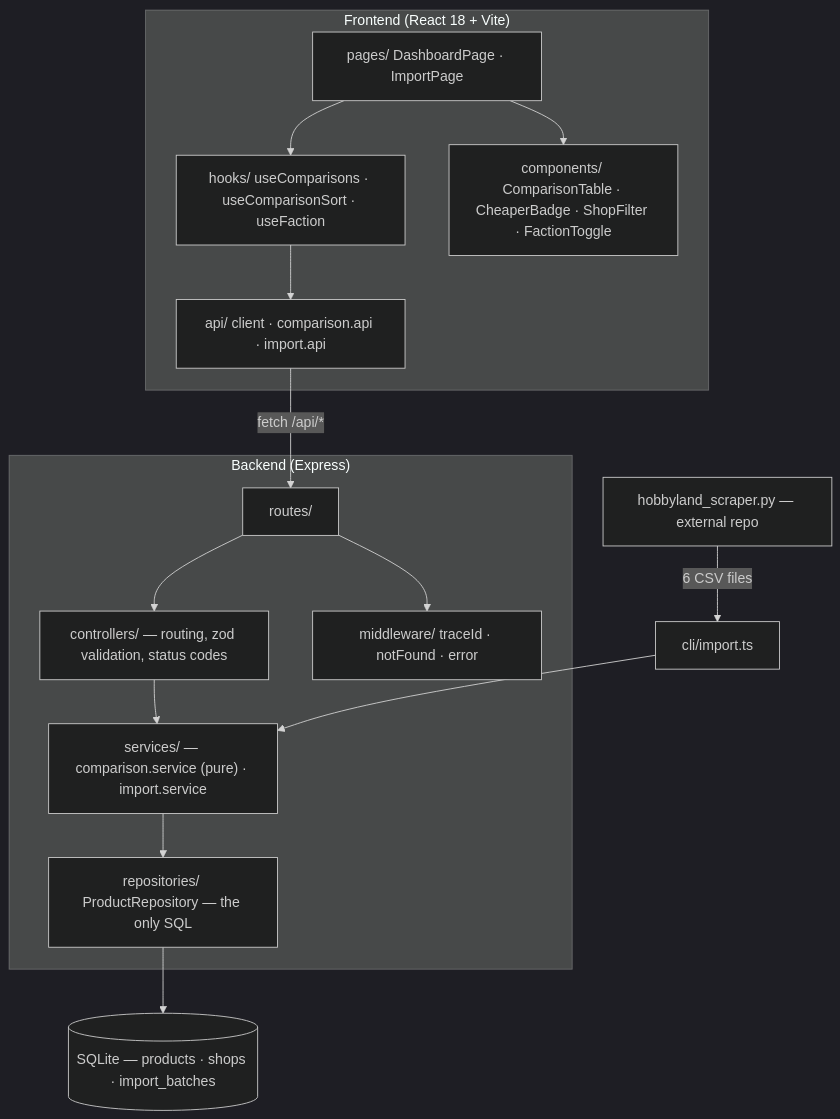
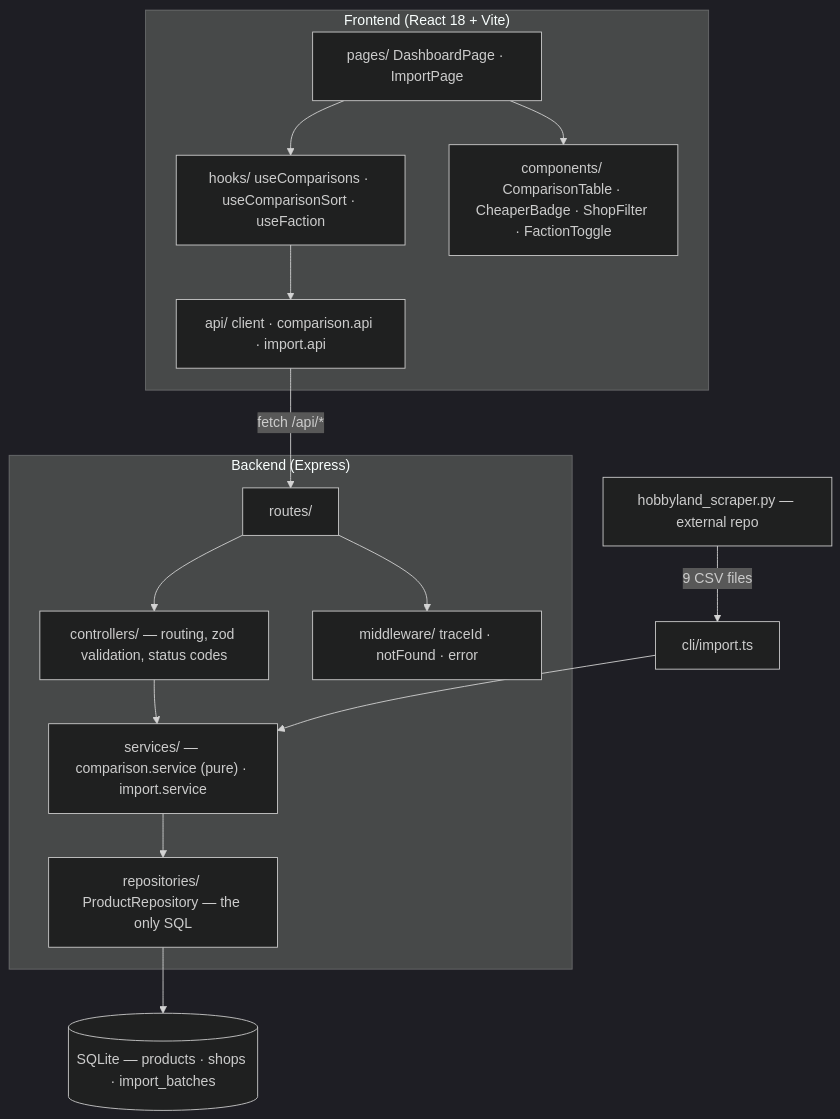
Before and after one commit to jakwong1981/hobbyland: the first of 3 diagrams in README.md, drawn with Mermaid (dark theme). The commit also changed other lines of this file and 13 other files, not shown here.

````diff
--- a/README.md
+++ b/README.md
@@ -100,30 +106,30 @@
 ```mermaid
 flowchart TD
     subgraph FE["Frontend (React 18 + Vite)"]
         P["pages/ DashboardPage · ImportPage"]
         H["hooks/ useComparisons · useComparisonSort · useFaction"]
         C["components/ ComparisonTable · CheaperBadge · ShopFilter · FactionToggle"]
         A["api/ client · comparison.api · import.api"]
         P --> H --> A
         P --> C
     end
 
     subgraph BE["Backend (Express)"]
         R["routes/"]
         CTRL["controllers/ — routing, zod validation, status codes"]
         SVC["services/ — comparison.service (pure) · import.service"]
         REPO["repositories/ ProductRepository — the only SQL"]
         MW["middleware/ traceId · notFound · error"]
         R --> CTRL --> SVC --> REPO
         R --> MW
     end
 
     DB[("SQLite — products · shops · import_batches")]
     CLI["cli/import.ts"]
     SCRAPE["hobbyland_scraper.py — external repo"]
 
     A -->|"fetch /api/*"| R
     REPO --> DB
     CLI --> SVC
-    SCRAPE -->|"6 CSV files"| CLI
+    SCRAPE -->|"9 CSV files"| CLI
 ```
````
